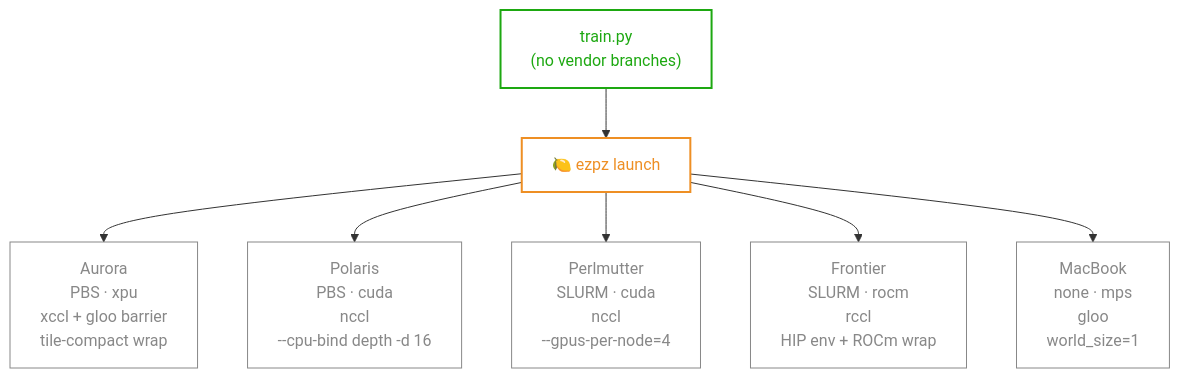
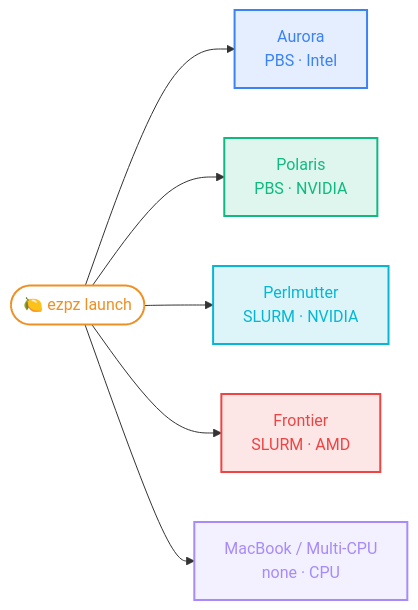
The first of 4 diagrams in web/src/pages/talks/2026/06/03/index.mdx (saforem2/sam.onl), drawn with Mermaid before and after one commit. The commit also changed other lines of this file and 4 other files, not shown here.

````diff
--- a/web/src/pages/talks/2026/06/03/index.mdx
+++ b/web/src/pages/talks/2026/06/03/index.mdx
@@ -182,35 +148,22 @@
 ```mermaid
-flowchart TB
-    SRC["train.py
-    (no vendor branches)"]
-    EZ["🍋 ezpz launch"]
-    SRC --> EZ
+flowchart LR
+    EZ(["🍋 ezpz launch"])
+    EZ --> AURORA["Aurora<br/>PBS · Intel"]
+    EZ --> POLARIS["Polaris<br/>PBS · NVIDIA"]
+    EZ --> PM["Perlmutter<br/>SLURM · NVIDIA"]
+    EZ --> FRONTIER["Frontier<br/>SLURM · AMD"]
+    EZ --> MAC["MacBook / Multi-CPU<br/>none · CPU"]
 
-    EZ --> A["Aurora
-    PBS · xpu
-    xccl + gloo barrier
-    tile-compact wrap"]
-    EZ --> P["Polaris
-    PBS · cuda
-    nccl
-    --cpu-bind depth -d 16"]
-    EZ --> PM["Perlmutter
-    SLURM · cuda
-    nccl
-    --gpus-per-node=4"]
-    EZ --> F["Frontier
-    SLURM · rocm
-    rccl
-    HIP env + ROCm wrap"]
-    EZ --> M["MacBook
-    none · mps
-    gloo
-    world_size=1"]
-
-    classDef src fill:transparent,stroke:#1da811,color:#1da811,stroke-width:2px
-    classDef ez fill:transparent,stroke:#ee8f24,color:#ee8f24,stroke-width:2px
-    classDef target fill:transparent,stroke:#888,color:#888,stroke-width:1px
-    class SRC src
-    class EZ ez
-    class A,P,PM,F,M target
+    classDef hub fill:transparent,stroke:#ee8f24,color:#ee8f24,stroke-width:2px
+    classDef aurora    fill:#3b82f622,stroke:#3b82f6,color:#3b82f6,stroke-width:2px
+    classDef polaris   fill:#10b98122,stroke:#10b981,color:#10b981,stroke-width:2px
+    classDef perlmutter fill:#06b6d422,stroke:#06b6d4,color:#06b6d4,stroke-width:2px
+    classDef frontier  fill:#ef444422,stroke:#ef4444,color:#ef4444,stroke-width:2px
+    classDef mac       fill:#a78bfa22,stroke:#a78bfa,color:#a78bfa,stroke-width:2px
+    class EZ hub
+    class AURORA aurora
+    class POLARIS polaris
+    class PM perlmutter
+    class FRONTIER frontier
+    class MAC mac
 ```
````
